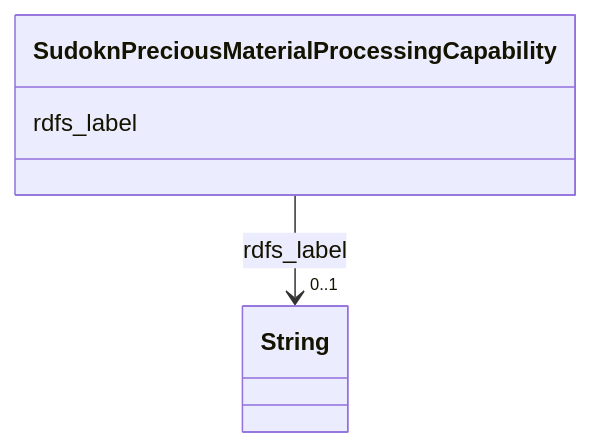
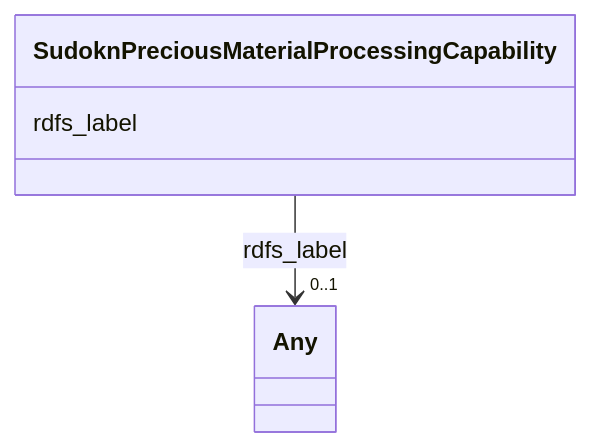
Before and after one commit to frink-okn/graph-descriptions: the diagram in sudokn-kg/classes/SudoknPreciousMaterialProcessingCapability.md, drawn with Mermaid. The commit also changed other lines of this file and 903 other files, not shown here.

````diff
--- a/sudokn-kg/classes/SudoknPreciousMaterialProcessingCapability.md
+++ b/sudokn-kg/classes/SudoknPreciousMaterialProcessingCapability.md
@@ -23,15 +18,15 @@
 ```mermaid
  classDiagram
     class SudoknPreciousMaterialProcessingCapability
     click SudoknPreciousMaterialProcessingCapability href "../SudoknPreciousMaterialProcessingCapability"
       SudoknPreciousMaterialProcessingCapability : rdfs_label
         
           
     
     
-    SudoknPreciousMaterialProcessingCapability --> "0..1" String : rdfs_label
-    click String href "../String"
+    SudoknPreciousMaterialProcessingCapability --> "0..1" Any : rdfs_label
+    click Any href "../Any"
 
         
       
 ```
````
